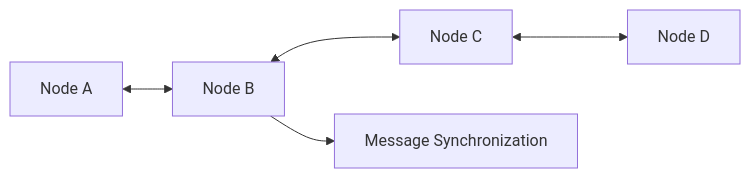
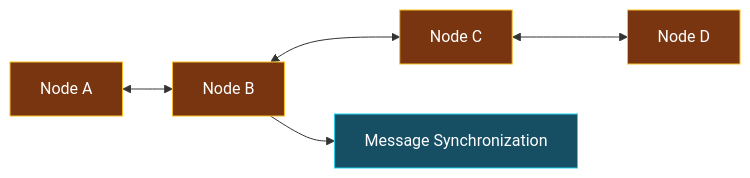
Before and after one commit to heeraOp/heeraOp: the fourth of 6 diagrams in README.md, drawn with Mermaid. The commit also changed other lines of this file, not shown here.

````diff
--- a/README.md
+++ b/README.md
@@ -136,7 +168,13 @@
 ```mermaid
 flowchart LR
     A[Node A] <--> B[Node B]
     B <--> C[Node C]
     C <--> D[Node D]
     B --> E[Message Synchronization]
+
+    classDef node fill:#78350F,stroke:#FBBF24,color:#fff
+    classDef sync fill:#164E63,stroke:#22D3EE,color:#fff
+
+    class A,B,C,D node
+    class E sync
 ```
````
